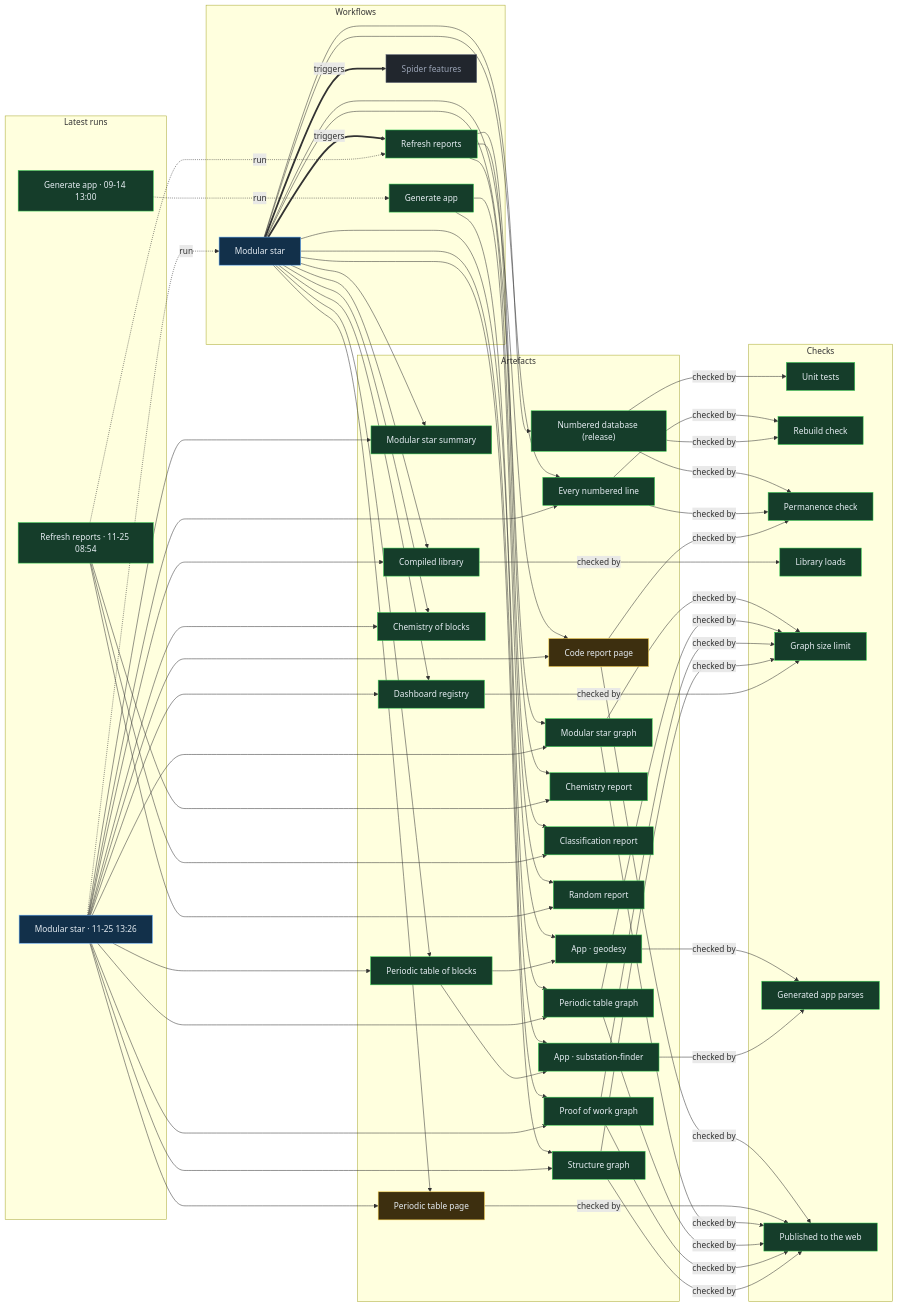
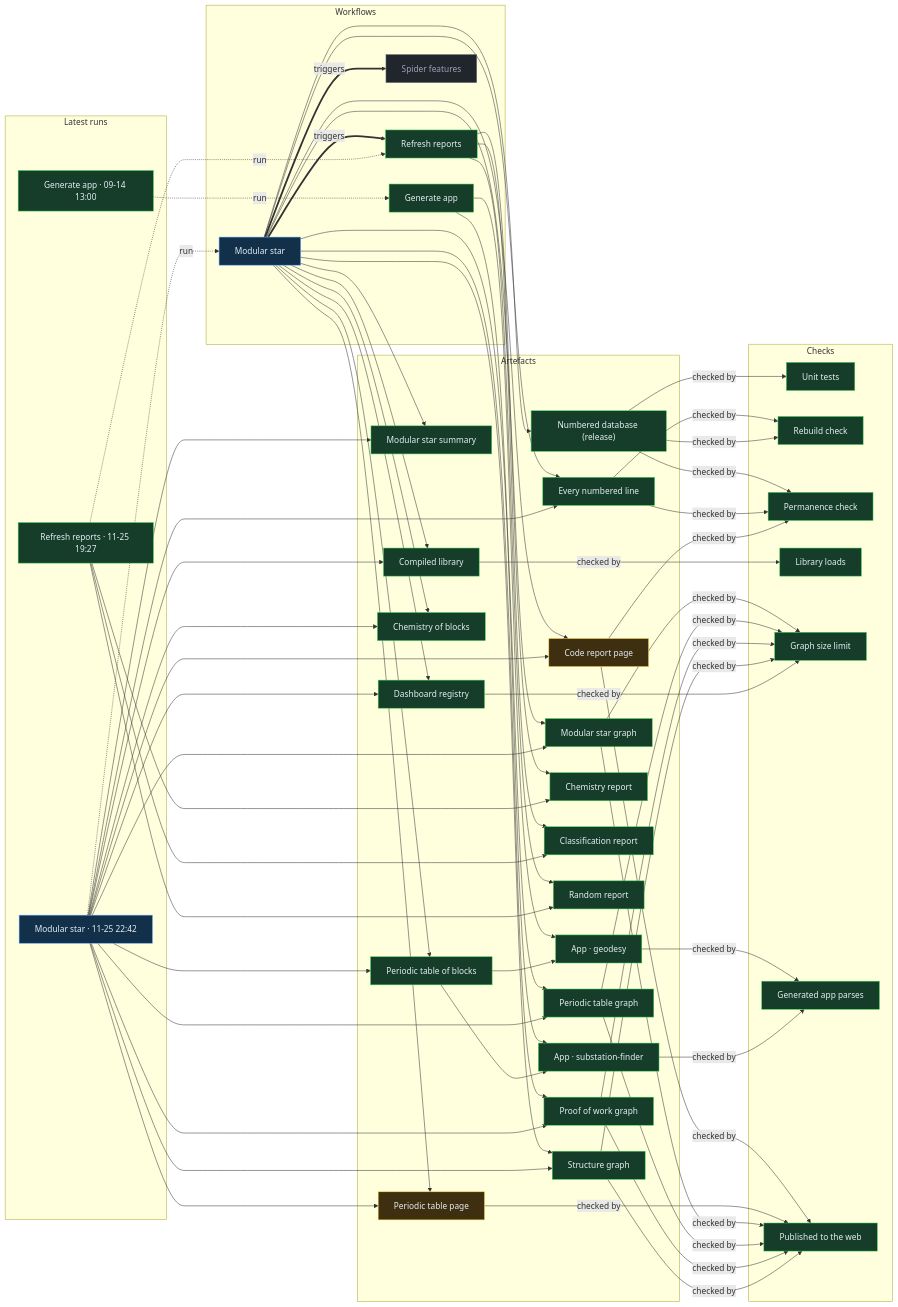
One commit to Ventusltd/stars changed the diagram in proof/PROOF.md. Above: the diagram before and after it, drawn with Mermaid. The commit also changed other lines of this file and 67 other files, not shown here.

Commit message:
Modular star 2026-11-25T22:45Z

```diff
--- a/proof/PROOF.md
+++ b/proof/PROOF.md
@@ -24,8 +24,8 @@
   n_wf_spider_features["Spider features"]:::off
   end
   subgraph g_runs["Latest runs"]
-  n_run_45623633535["Modular star · 11-25 13:26"]:::live
-  n_run_45580360174["Refresh reports · 11-25 08:54"]:::ok
+  n_run_45715551331["Modular star · 11-25 22:42"]:::live
+  n_run_45685383757["Refresh reports · 11-25 19:27"]:::ok
   n_run_34846587798["Generate app · 09-14 13:00"]:::ok
   end
   subgraph g_artefacts["Artefacts"]
@@ -59,39 +59,39 @@
   end
   n_wf_modular_star == triggers ==> n_wf_refresh
   n_wf_modular_star == triggers ==> n_wf_spider_features
-  n_run_45623633535 -. run .-> n_wf_modular_star
-  n_run_45580360174 -. run .-> n_wf_refresh
+  n_run_45715551331 -. run .-> n_wf_modular_star
+  n_run_45685383757 -. run .-> n_wf_refresh
   n_run_34846587798 -. run .-> n_wf_generate
   n_wf_modular_star --> n_art_summary
-  n_run_45623633535 --> n_art_summary
+  n_run_45715551331 --> n_art_summary
   n_wf_modular_star --> n_art_lines
-  n_run_45623633535 --> n_art_lines
+  n_run_45715551331 --> n_art_lines
   n_wf_modular_star --> n_art_code
-  n_run_45623633535 --> n_art_code
+  n_run_45715551331 --> n_art_code
   n_wf_modular_star --> n_art_modular_graph
-  n_run_45623633535 --> n_art_modular_graph
+  n_run_45715551331 --> n_art_modular_graph
   n_wf_modular_star --> n_art_blocks
-  n_run_45623633535 --> n_art_blocks
+  n_run_45715551331 --> n_art_blocks
   n_wf_modular_star --> n_art_table
-  n_run_45623633535 --> n_art_table
+  n_run_45715551331 --> n_art_table
   n_wf_modular_star --> n_art_blocks_graph
-  n_run_45623633535 --> n_art_blocks_graph
+  n_run_45715551331 --> n_art_blocks_graph
   n_wf_modular_star --> n_art_reactions
-  n_run_45623633535 --> n_art_reactions
+  n_run_45715551331 --> n_art_reactions
   n_wf_modular_star --> n_art_library
-  n_run_45623633535 --> n_art_library
+  n_run_45715551331 --> n_art_library
   n_wf_modular_star --> n_art_features
-  n_run_45623633535 --> n_art_features
+  n_run_45715551331 --> n_art_features
   n_wf_modular_star --> n_art_proof
-  n_run_45623633535 --> n_art_proof
+  n_run_45715551331 --> n_art_proof
   n_wf_modular_star --> n_art_structure
-  n_run_45623633535 --> n_art_structure
+  n_run_45715551331 --> n_art_structure
   n_wf_refresh --> n_art_chemistry
-  n_run_45580360174 --> n_art_chemistry
+  n_run_45685383757 --> n_art_chemistry
   n_wf_refresh --> n_art_vedic
-  n_run_45580360174 --> n_art_vedic
+  n_run_45685383757 --> n_art_vedic
   n_wf_refresh --> n_art_random
-  n_run_45580360174 --> n_art_random
+  n_run_45685383757 --> n_art_random
   n_wf_modular_star --> n_art_release
   n_wf_generate --> n_app_geodesy
   n_art_blocks --> n_app_geodesy
```
